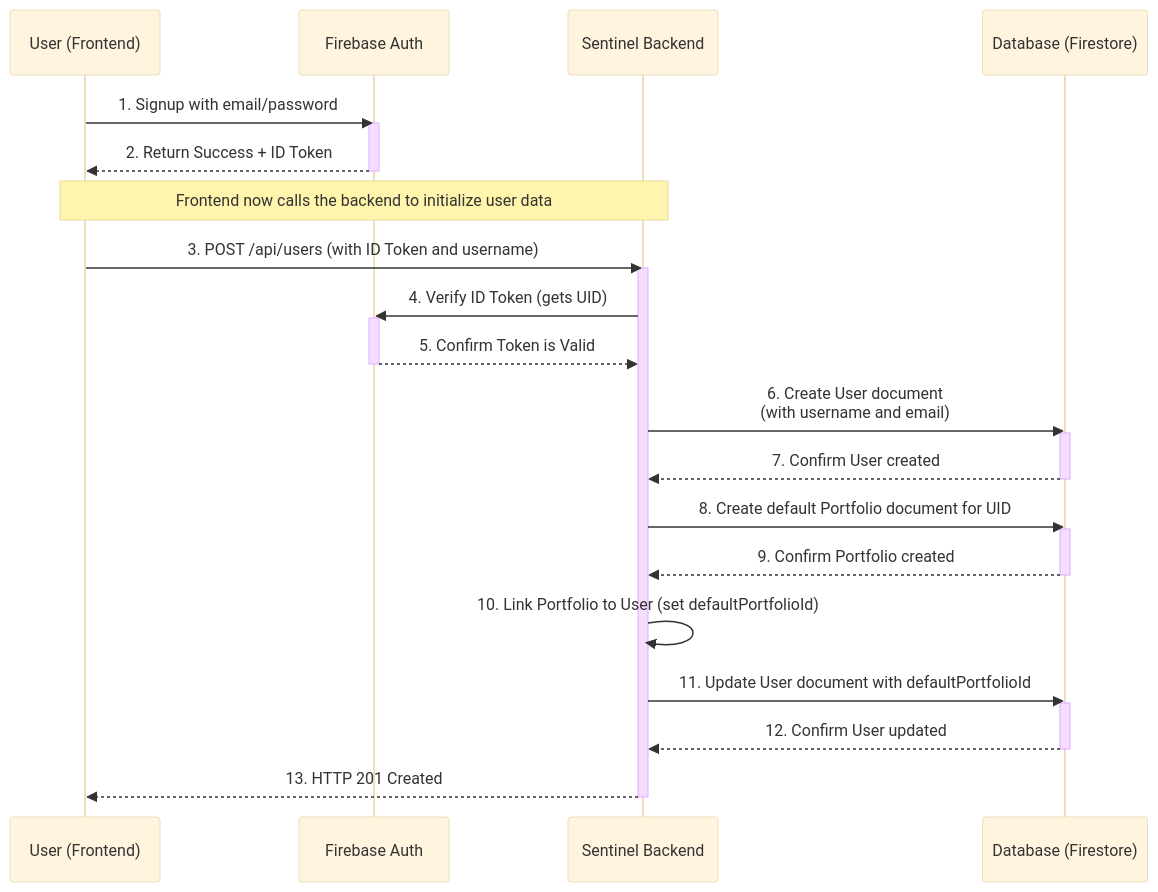
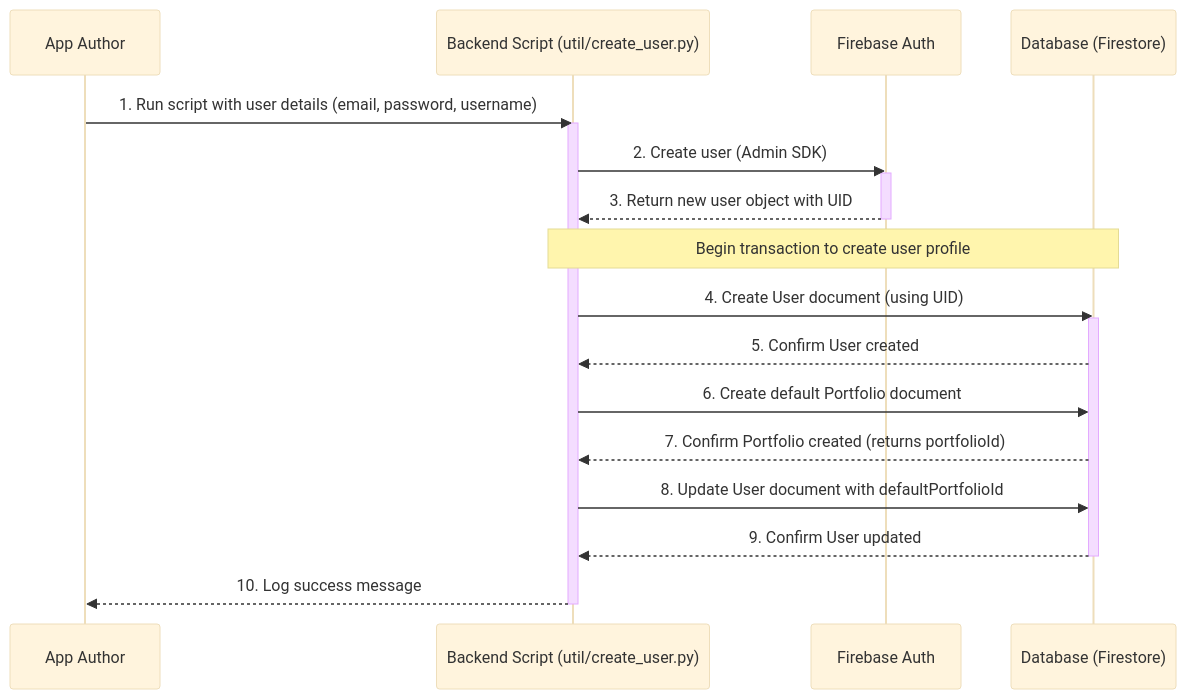
One commit to enzhao/Sentinel changed diagram 51 of 54 in product_spec.md. Above: the diagram before and after it, drawn with Mermaid (base theme). The commit also changed other lines of this file and 6 other files, not shown here.

````diff
--- a/product_spec.md
+++ b/product_spec.md
@@ -2623,41 +2649,30 @@
 ```mermaid
 sequenceDiagram
-    participant User as User (Frontend)
-    participant Firebase as Firebase Auth
-    participant Sentinel as Sentinel Backend
+    participant AppAuthor as App Author
+    participant Script as Backend Script (util/create_user.py)
+    participant FirebaseAuth as Firebase Auth
     participant DB as Database (Firestore)
 
-    User->>Firebase: 1. Signup with email/password
-    activate Firebase
-    Firebase-->>User: 2. Return Success + ID Token
-    deactivate Firebase
+    AppAuthor->>Script: 1. Run script with user details (email, password, username)
+    activate Script
 
-    Note over User, Sentinel: Frontend now calls the backend to initialize user data
+    Script->>FirebaseAuth: 2. Create user (Admin SDK)
+    activate FirebaseAuth
+    FirebaseAuth-->>Script: 3. Return new user object with UID
+    deactivate FirebaseAuth
 
-    User->>Sentinel: 3. POST /api/users (with ID Token and username)
-    activate Sentinel
-    Sentinel->>Firebase: 4. Verify ID Token (gets UID)
-    activate Firebase
-    Firebase-->>Sentinel: 5. Confirm Token is Valid
-    deactivate Firebase
-
-    Sentinel->>DB: 6. Create User document<br> (with username and email)
+    Note over Script, DB: Begin transaction to create user profile
+    Script->>DB: 4. Create User document (using UID)
     activate DB
-    DB-->>Sentinel: 7. Confirm User created
+    DB-->>Script: 5. Confirm User created
+    
+    Script->>DB: 6. Create default Portfolio document
+    DB-->>Script: 7. Confirm Portfolio created (returns portfolioId)
+    
+    Script->>DB: 8. Update User document with defaultPortfolioId
+    DB-->>Script: 9. Confirm User updated
     deactivate DB
 
-    Sentinel->>DB: 8. Create default Portfolio document for UID
-    activate DB
-    DB-->>Sentinel: 9. Confirm Portfolio created
-    deactivate DB
-
-    Sentinel->>Sentinel: 10. Link Portfolio to User (set defaultPortfolioId)
-
-    Sentinel->>DB: 11. Update User document with defaultPortfolioId
-    activate DB
-    DB-->>Sentinel: 12. Confirm User updated
-    deactivate DB
-
-    Sentinel-->>User: 13. HTTP 201 Created
-    deactivate Sentinel
+    Script-->>AppAuthor: 10. Log success message
+    deactivate Script
 ```
````
